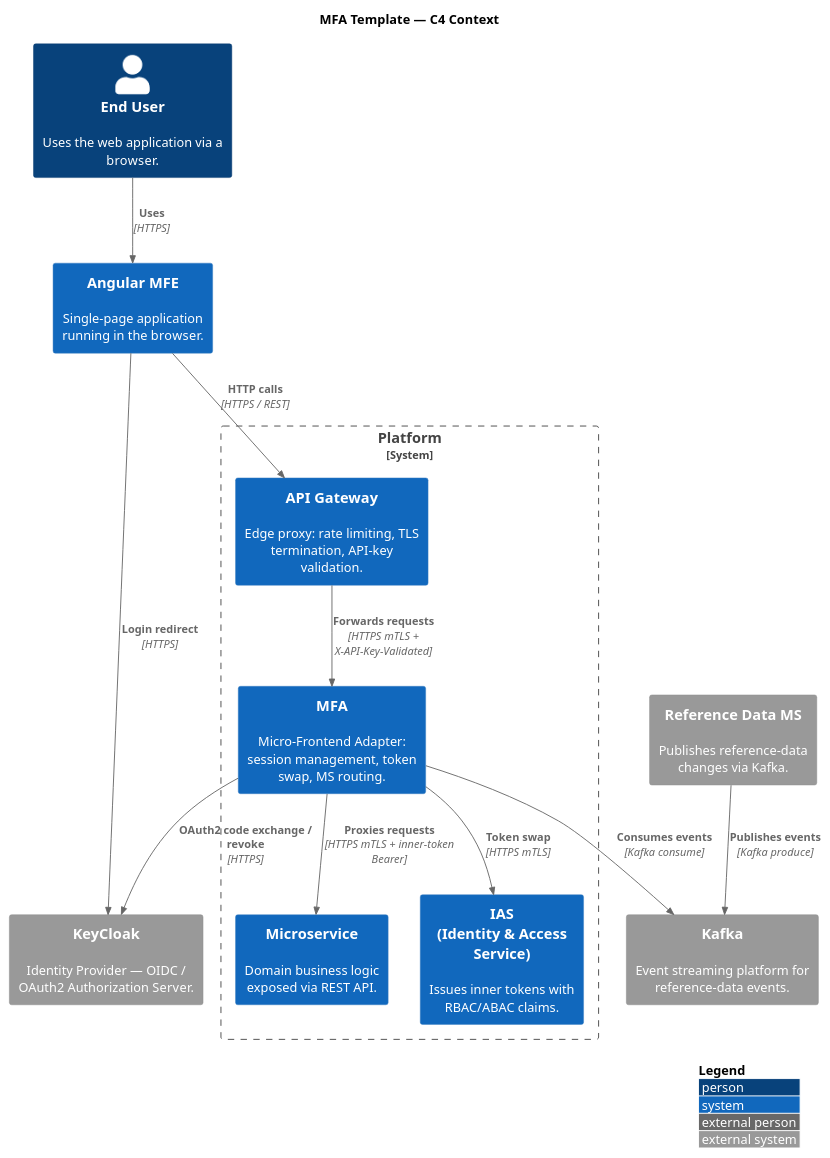
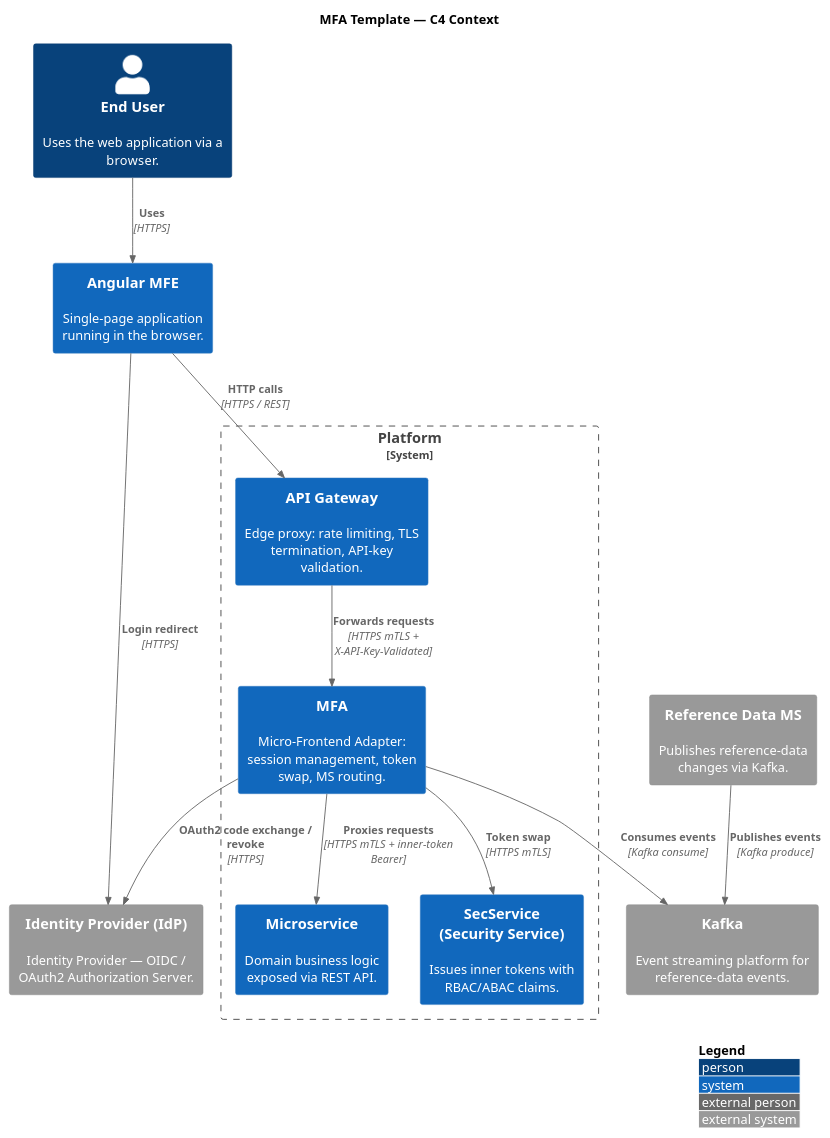
Before and after one commit to Arc-E-Tect/SoftwareEngineeringDoneRight-Examples: the diagram in mfe-adapter/docs/design/diagrams/c4-context.puml, drawn with PlantUML. The commit also changed 312 other files, not shown here.

```diff
--- a/mfe-adapter/docs/design/diagrams/c4-context.puml
+++ b/mfe-adapter/docs/design/diagrams/c4-context.puml
@@ -1,29 +1,29 @@
 @startuml c4-context
 !include https://raw.githubusercontent.com/plantuml-stdlib/C4-PlantUML/master/C4_Context.puml
 
 LAYOUT_WITH_LEGEND()
 
 title MFA Template — C4 Context
 
 Person(user, "End User", "Uses the web application via a browser.")
 System(mfe, "Angular MFE", "Single-page application running in the browser.")
 System_Boundary(platform, "Platform") {
     System(ag, "API Gateway", "Edge proxy: rate limiting, TLS termination, API-key validation.")
     System(mfa, "MFA", "Micro-Frontend Adapter: session management, token swap, MS routing.")
     System(ms, "Microservice", "Domain business logic exposed via REST API.")
-    System(ias, "IAS\n(Identity & Access Service)", "Issues inner tokens with RBAC/ABAC claims.")
+    System(secservice, "SecService\n(Security Service)", "Issues inner tokens with RBAC/ABAC claims.")
 }
-System_Ext(keycloak, "KeyCloak", "Identity Provider — OIDC / OAuth2 Authorization Server.")
+System_Ext(idp, "Identity Provider (IdP)", "Identity Provider — OIDC / OAuth2 Authorization Server.")
 System_Ext(refDataMs, "Reference Data MS", "Publishes reference-data changes via Kafka.")
 System_Ext(kafka, "Kafka", "Event streaming platform for reference-data events.")
 
 Rel(user, mfe, "Uses", "HTTPS")
 Rel(mfe, ag, "HTTP calls", "HTTPS / REST")
 Rel(ag, mfa, "Forwards requests", "HTTPS mTLS + X-API-Key-Validated")
 Rel(mfa, ms, "Proxies requests", "HTTPS mTLS + inner-token Bearer")
-Rel(mfa, ias, "Token swap", "HTTPS mTLS")
-Rel(mfa, keycloak, "OAuth2 code exchange / revoke", "HTTPS")
+Rel(mfa, secservice, "Token swap", "HTTPS mTLS")
+Rel(mfa, idp, "OAuth2 code exchange / revoke", "HTTPS")
 Rel(refDataMs, kafka, "Publishes events", "Kafka produce")
 Rel(mfa, kafka, "Consumes events", "Kafka consume")
-Rel(mfe, keycloak, "Login redirect", "HTTPS")
+Rel(mfe, idp, "Login redirect", "HTTPS")
 @enduml
```
